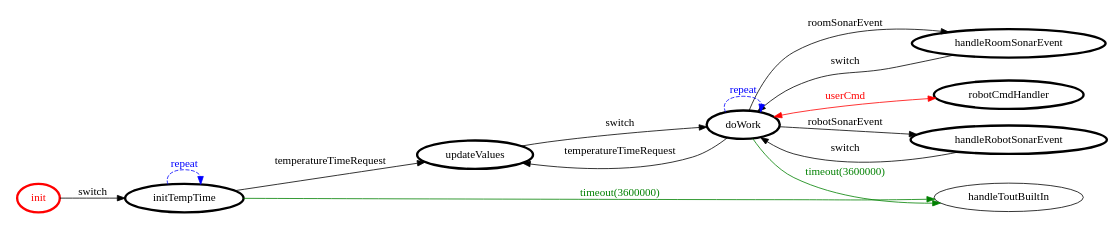
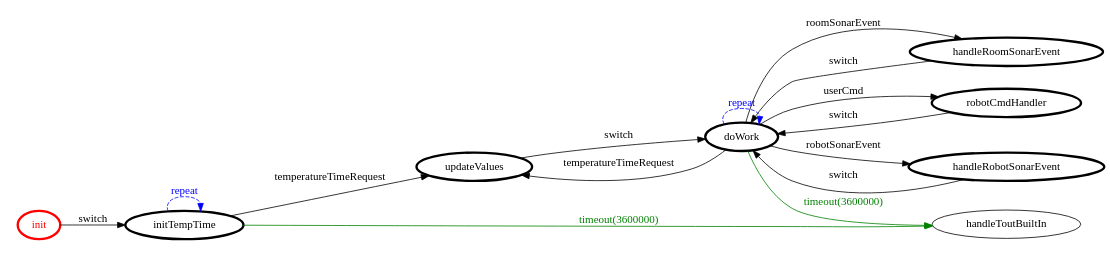
The diagram in it.unibo.projectRobot/srcMore/it/unibo/mind/mind.gv (FraGio/iss2018), drawn with Graphviz before and after one commit. The commit also changed 27 other files, not shown here.

```diff
--- a/it.unibo.projectRobot/srcMore/it/unibo/mind/mind.gv
+++ b/it.unibo.projectRobot/srcMore/it/unibo/mind/mind.gv
@@ -1,33 +1,34 @@
 /*
 *
 * A GraphViz DOT FSM description 
 * Please use a GraphViz visualizer (like http://www.webgraphviz.com)
 *  
 */
 
 digraph finite_state_machine {
 	rankdir=LR
 	size="8,5"
 	
 	init [ color = red ][ fontcolor = red ][ penwidth = 3 ]
 	handleRoomSonarEvent [ color = black ][ fontcolor = black ][ penwidth = 3 ]
 	doWork [ color = black ][ fontcolor = black ][ penwidth = 3 ]
 	initTempTime [ color = black ][ fontcolor = black ][ penwidth = 3 ]
 	updateValues [ color = black ][ fontcolor = black ][ penwidth = 3 ]
 	robotCmdHandler [ color = black ][ fontcolor = black ][ penwidth = 3 ]
 	handleRobotSonarEvent [ color = black ][ fontcolor = black ][ penwidth = 3 ]
 	
 	initTempTime -> initTempTime [ label = "repeat "][ style = dashed ][ color = blue ][ fontcolor = blue ]
 	doWork -> handleToutBuiltIn [ label = "timeout(3600000)" ][ color = green ][ fontcolor = green ]
 	updateValues -> doWork [ label = "switch" ][ color = black ][ fontcolor = black ]
 	handleRobotSonarEvent -> doWork [ label = "switch" ][ color = black ][ fontcolor = black ]
 	doWork -> handleRobotSonarEvent [ label = "robotSonarEvent" ][ color = black ][ fontcolor = black ]
 	initTempTime -> handleToutBuiltIn [ label = "timeout(3600000)" ][ color = green ][ fontcolor = green ]
 	doWork -> handleRoomSonarEvent [ label = "roomSonarEvent" ][ color = black ][ fontcolor = black ]
 	doWork -> updateValues [ label = "temperatureTimeRequest" ][ color = black ][ fontcolor = black ]
+	robotCmdHandler -> doWork [ label = "switch" ][ color = black ][ fontcolor = black ]
 	handleRoomSonarEvent -> doWork [ label = "switch" ][ color = black ][ fontcolor = black ]
 	init -> initTempTime [ label = "switch" ][ color = black ][ fontcolor = black ]
 	doWork -> doWork [ label = "repeat "][ style = dashed ][ color = blue ][ fontcolor = blue ]
 	initTempTime -> updateValues [ label = "temperatureTimeRequest" ][ color = black ][ fontcolor = black ]
-	doWork -> robotCmdHandler [ label = "userCmd" ][ color = red ][ fontcolor = red ][ dir = both ]
+	doWork -> robotCmdHandler [ label = "userCmd" ][ color = black ][ fontcolor = black ]
 }
```
